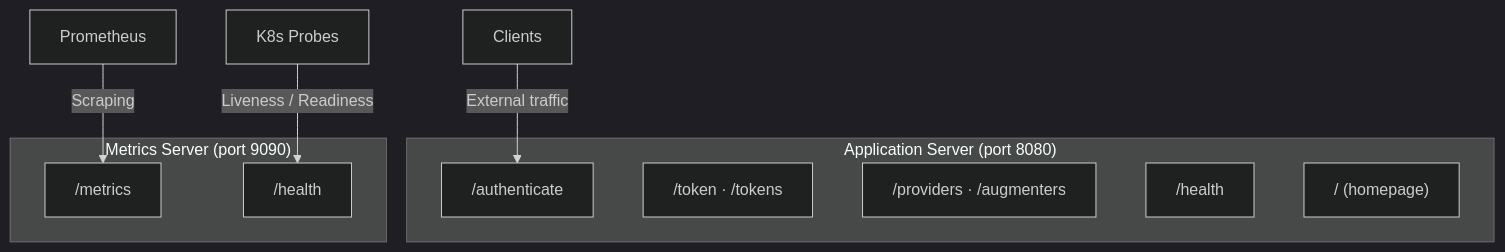
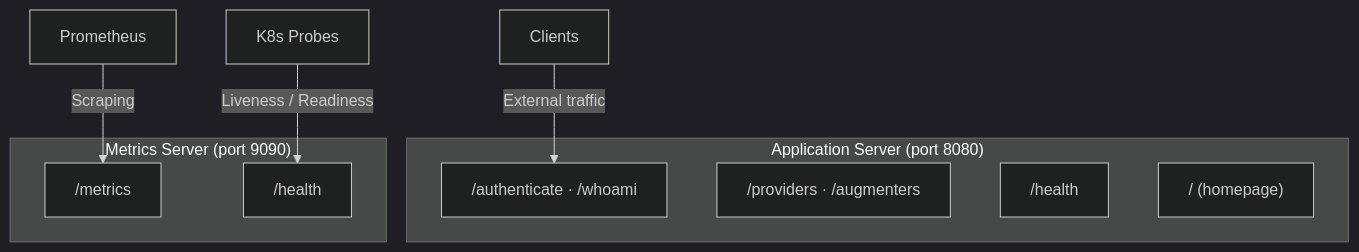
The diagram in authotron/docs/src/configuration/server.md (ecmwf/auth-o-tron), drawn with Mermaid (dark theme) before and after one commit. The commit also changed other lines of this file and 36 other files, not shown here.

````diff
--- a/authotron/docs/src/configuration/server.md
+++ b/authotron/docs/src/configuration/server.md
@@ -37,19 +37,18 @@
 ```mermaid
 graph TB
     subgraph "Application Server (port 8080)"
-        A1["/authenticate"]
-        A2["/token · /tokens"]
-        A3["/providers · /augmenters"]
-        A4["/health"]
-        A5["/ (homepage)"]
+        A1["/authenticate · /whoami"]
+        A2["/providers · /augmenters"]
+        A3["/health"]
+        A4["/ (homepage)"]
     end
 
     subgraph "Metrics Server (port 9090)"
         M1["/metrics"]
         M2["/health"]
     end
 
     Clients -->|"External traffic"| A1
     Prometheus -->|"Scraping"| M1
     K8s[K8s Probes] -->|"Liveness / Readiness"| M2
 ```
````
